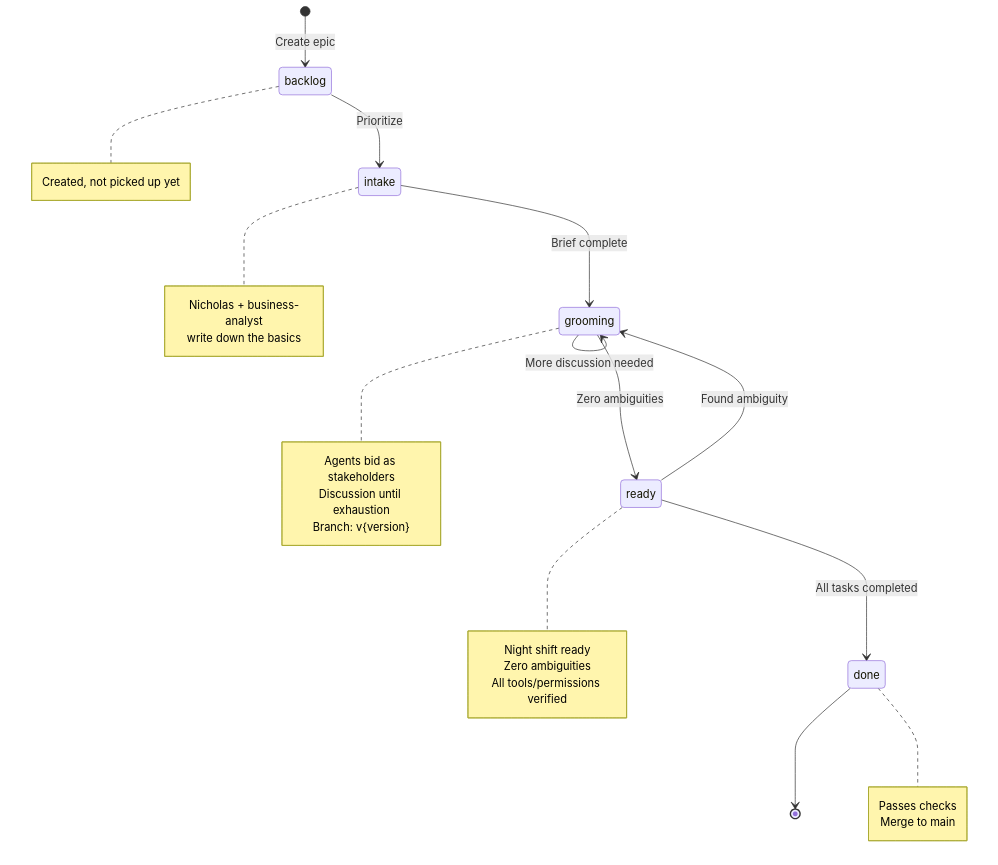
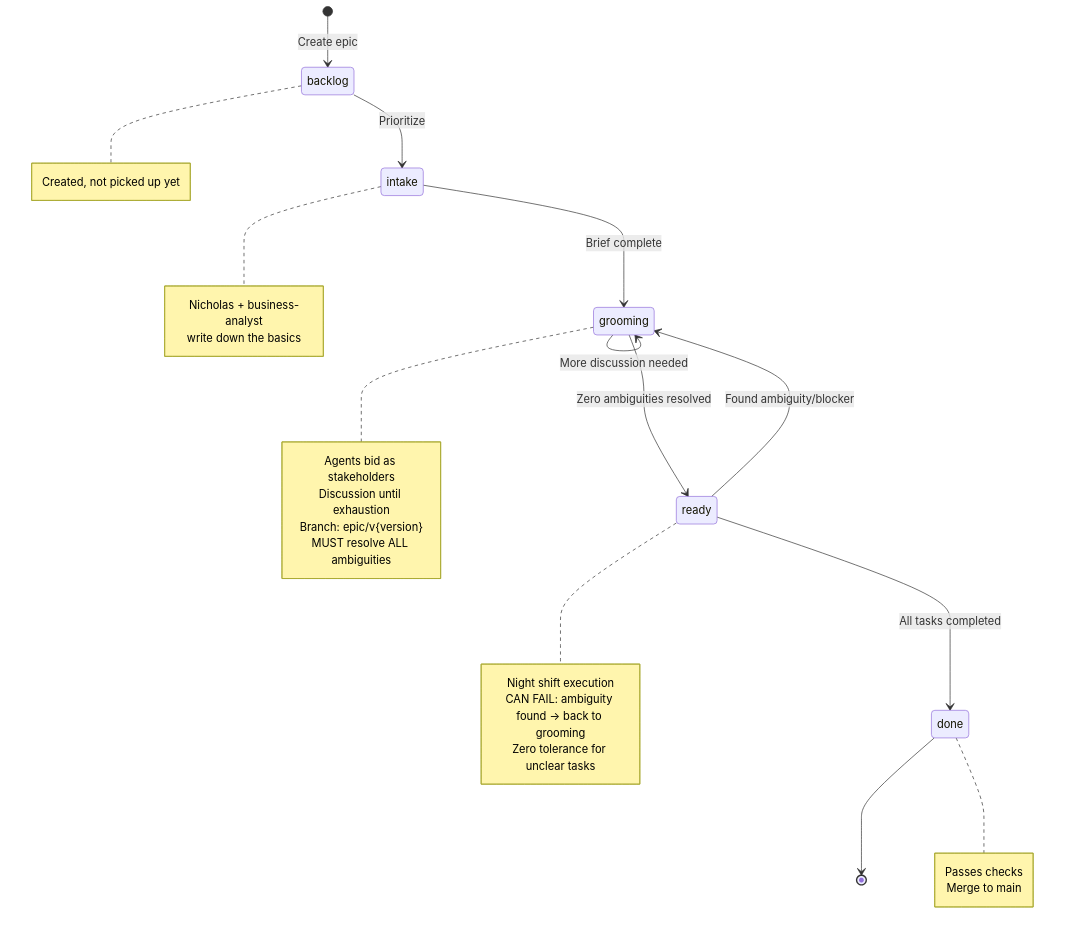
Before and after one commit to nonlinear/backstage: the diagram in documentation/epics.md, drawn with Mermaid. The commit also changed other lines of this file, not shown here.

First line of the commit message:
docs: clarify ready phase and ambiguity failure handling

````diff
--- a/documentation/epics.md
+++ b/documentation/epics.md
@@ -192,38 +192,38 @@
 ```mermaid
 stateDiagram-v2
     [*] --> backlog: Create epic
     backlog --> intake: Prioritize
     intake --> grooming: Brief complete
-    grooming --> ready: Zero ambiguities
+    grooming --> grooming: More discussion needed
+    grooming --> ready: Zero ambiguities resolved
+    ready --> grooming: Found ambiguity/blocker
     ready --> done: All tasks completed
     done --> [*]
-    
-    grooming --> grooming: More discussion needed
-    ready --> grooming: Found ambiguity
     
     note right of backlog
         Created, not picked up yet
     end note
     
     note right of intake
         Nicholas + business-analyst
         write down the basics
     end note
     
     note right of grooming
         Agents bid as stakeholders
         Discussion until exhaustion
-        Branch: v{version}
+        Branch: epic/v{version}
+        MUST resolve ALL ambiguities
     end note
     
     note right of ready
-        Night shift ready
-        Zero ambiguities
-        All tools/permissions verified
+        Night shift execution
+        CAN FAIL: ambiguity found → back to grooming
+        Zero tolerance for unclear tasks
     end note
     
     note right of done
         Passes checks
         Merge to main
     end note
 ```
````
